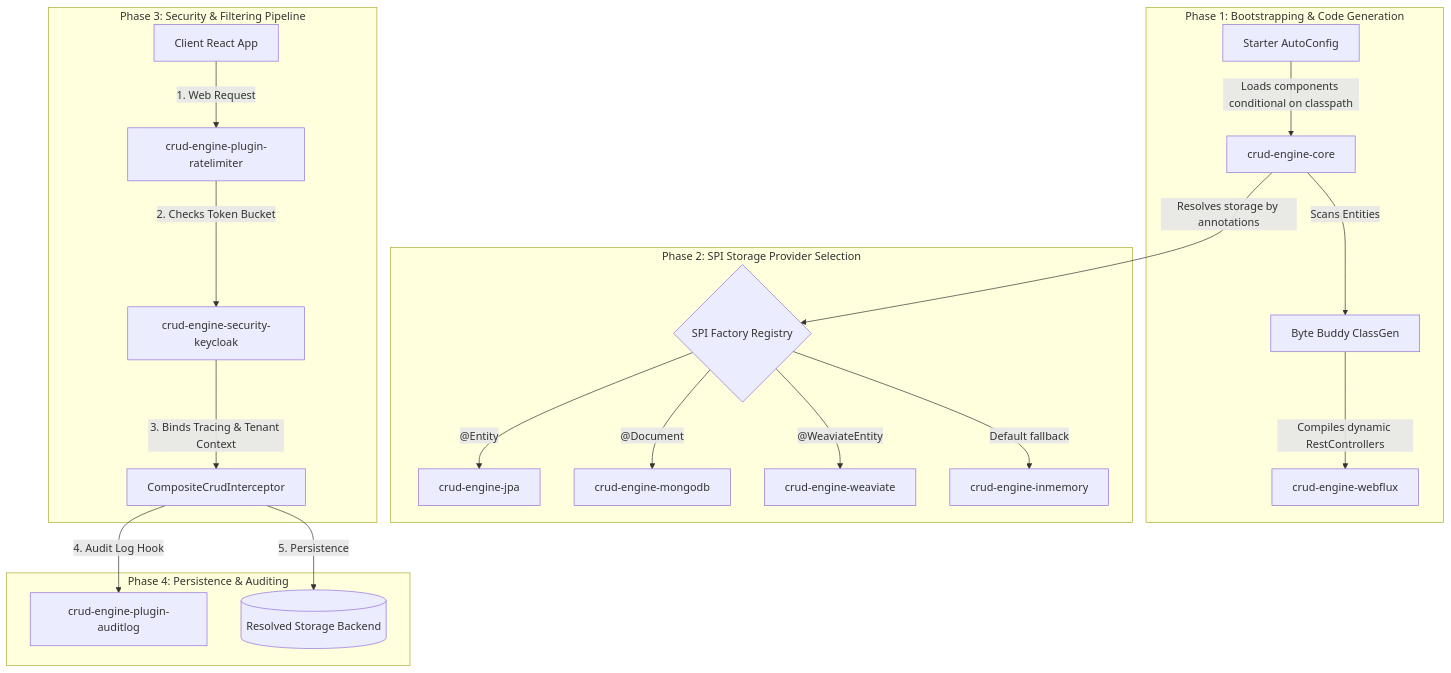
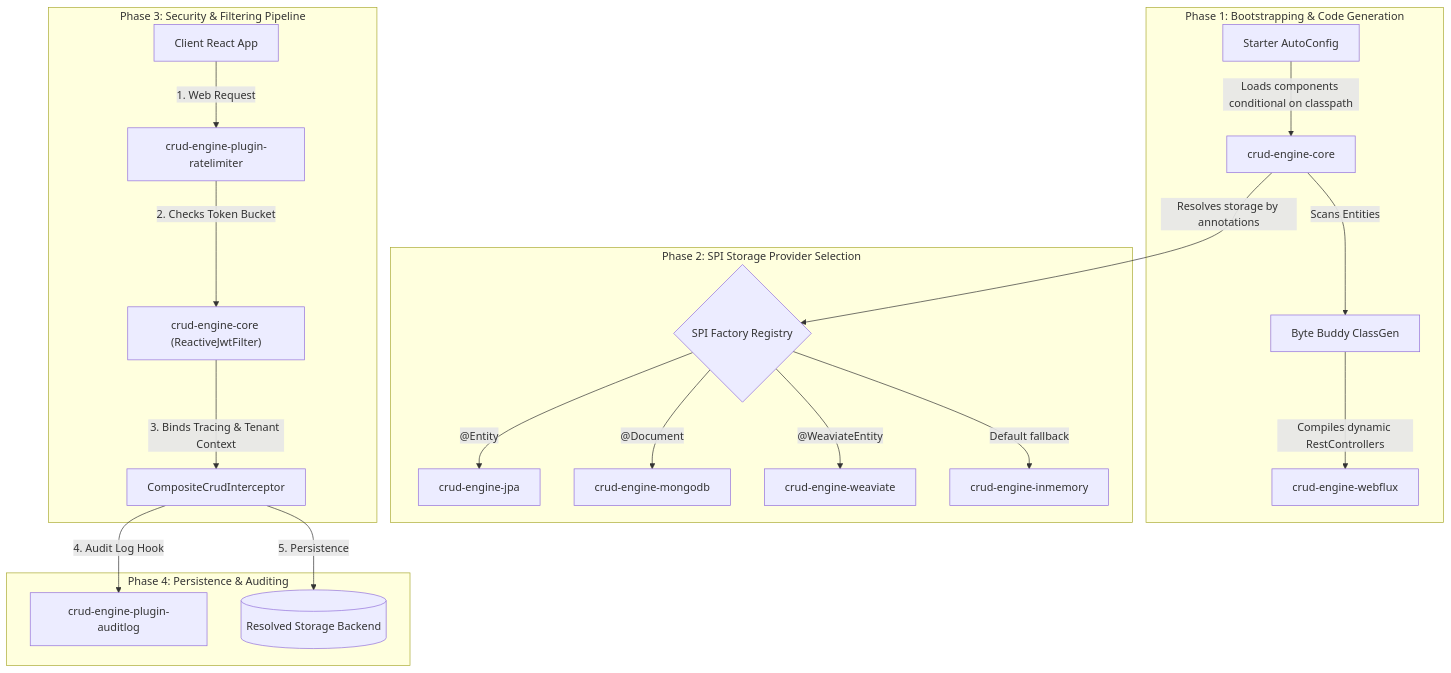
The diagram in README.md (7-3-N-3-7/CRUD-Engine-API), drawn with Mermaid before and after one commit. The commit also changed other lines of this file and 10 other files, not shown here.

Commit message:
refactor(security): make security foundational in core; retire crud-engine-security-keycloak submodule

````diff
--- a/README.md
+++ b/README.md
@@ -55,27 +54,27 @@
 ```mermaid
 graph TD
     subgraph SetupPhase ["Phase 1: Bootstrapping & Code Generation"]
         Starter["Starter AutoConfig"] -->|"Loads components conditional on classpath"| Core["crud-engine-core"]
         Core -->|"Scans Entities"| BB["Byte Buddy ClassGen"]
         BB -->|"Compiles dynamic RestControllers"| Webflux["crud-engine-webflux"]
     end
 
     subgraph StorageResolution ["Phase 2: SPI Storage Provider Selection"]
         Core -->|"Resolves storage by annotations"| SPI{"SPI Factory Registry"}
         SPI -->|"@Entity"| JPA["crud-engine-jpa"]
         SPI -->|"@Document"| Mongo["crud-engine-mongodb"]
         SPI -->|"@WeaviateEntity"| Weaviate["crud-engine-weaviate"]
         SPI -->|"Default fallback"| InMemory["crud-engine-inmemory"]
     end
 
     subgraph Authentication ["Phase 3: Security & Filtering Pipeline"]
         Client["Client React App"] -->|"1. Web Request"| Limit["crud-engine-plugin-ratelimiter"]
-        Limit -->|"2. Checks Token Bucket"| Filter["crud-engine-security-keycloak"]
+        Limit -->|"2. Checks Token Bucket"| Filter["crud-engine-core (ReactiveJwtFilter)"]
         Filter -->|"3. Binds Tracing & Tenant Context"| Interceptor["CompositeCrudInterceptor"]
     end
 
     subgraph Execution ["Phase 4: Persistence & Auditing"]
         Interceptor -->|"4. Audit Log Hook"| Audit["crud-engine-plugin-auditlog"]
         Interceptor -->|"5. Persistence"| ResolvedStorage[("Resolved Storage Backend")]
     end
 ```
````
